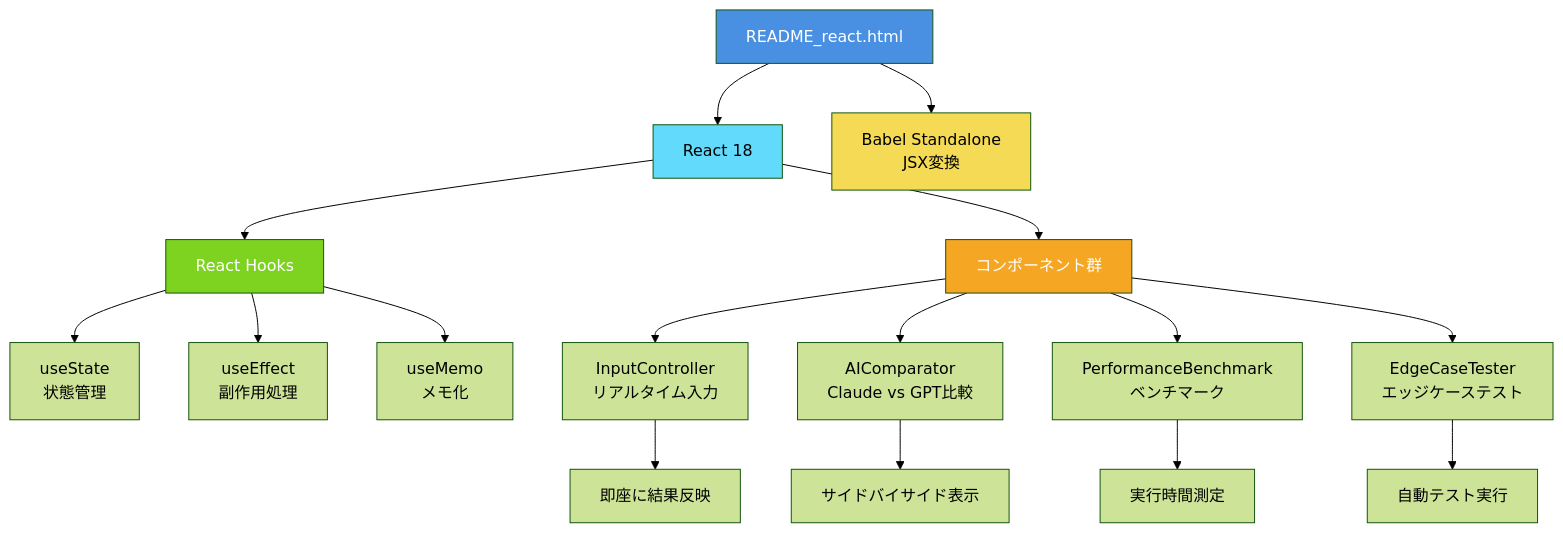
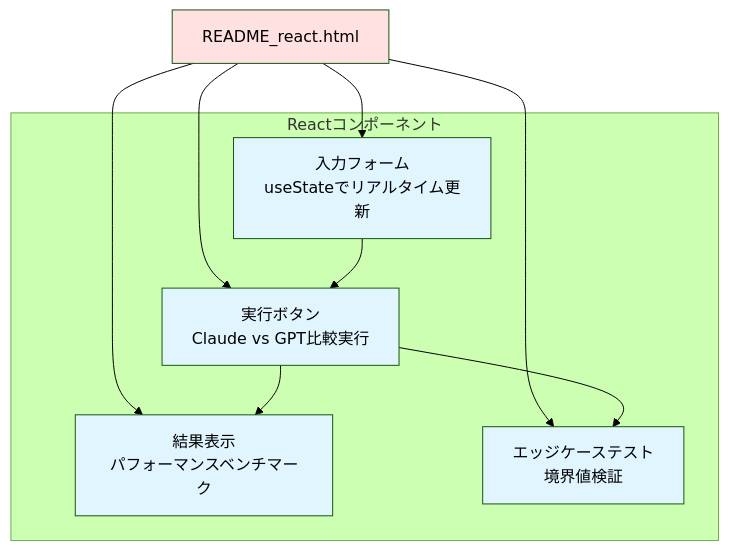
The seventh of 11 diagrams in README.md (myoshi2891/Algorithm-DataStructures-Math-SQL), drawn with Mermaid (forest theme) before and after one commit. The commit also changed other lines of this file, not shown here.

````diff
--- a/README.md
+++ b/README.md
@@ -545,28 +341,26 @@
 ```mermaid
-graph TD
-    Root[README_react.html] --> React[React 18]
-    Root --> Babel[Babel Standalone<br/>JSX変換]
-
-    React --> Hooks[React Hooks]
-    React --> Components[コンポーネント群]
-
-    Hooks --> State[useState<br/>状態管理]
-    Hooks --> Effect[useEffect<br/>副作用処理]
-    Hooks --> Memo[useMemo<br/>メモ化]
-
-    Components --> Input[InputController<br/>リアルタイム入力]
-    Components --> Comp[AIComparator<br/>Claude vs GPT比較]
-    Components --> Bench[PerformanceBenchmark<br/>ベンチマーク]
-    Components --> Edge[EdgeCaseTester<br/>エッジケーステスト]
-
-    Input --> Real[即座に結果反映]
-    Comp --> Side[サイドバイサイド表示]
-    Bench --> Time[実行時間測定]
-    Edge --> Auto[自動テスト実行]
-
-    style Root fill:#4A90E2,color:#fff
-    style React fill:#61DAFB,color:#000
-    style Babel fill:#F5DA55,color:#000
-    style Hooks fill:#7ED321,color:#fff
-    style Components fill:#F5A623,color:#fff
+graph TB
+    React[README_react.html]
+    
+    subgraph Components[Reactコンポーネント]
+        C1[入力フォーム<br/>useStateでリアルタイム更新]
+        C2[実行ボタン<br/>Claude vs GPT比較実行]
+        C3[結果表示<br/>パフォーマンスベンチマーク]
+        C4[エッジケーステスト<br/>境界値検証]
+    end
+    
+    React --> C1
+    React --> C2
+    React --> C3
+    React --> C4
+    
+    C1 --> C2
+    C2 --> C3
+    C2 --> C4
+    
+    style React fill:#ffe1e1
+    style C1 fill:#e1f5ff
+    style C2 fill:#e1f5ff
+    style C3 fill:#e1f5ff
+    style C4 fill:#e1f5ff
 ```
````
